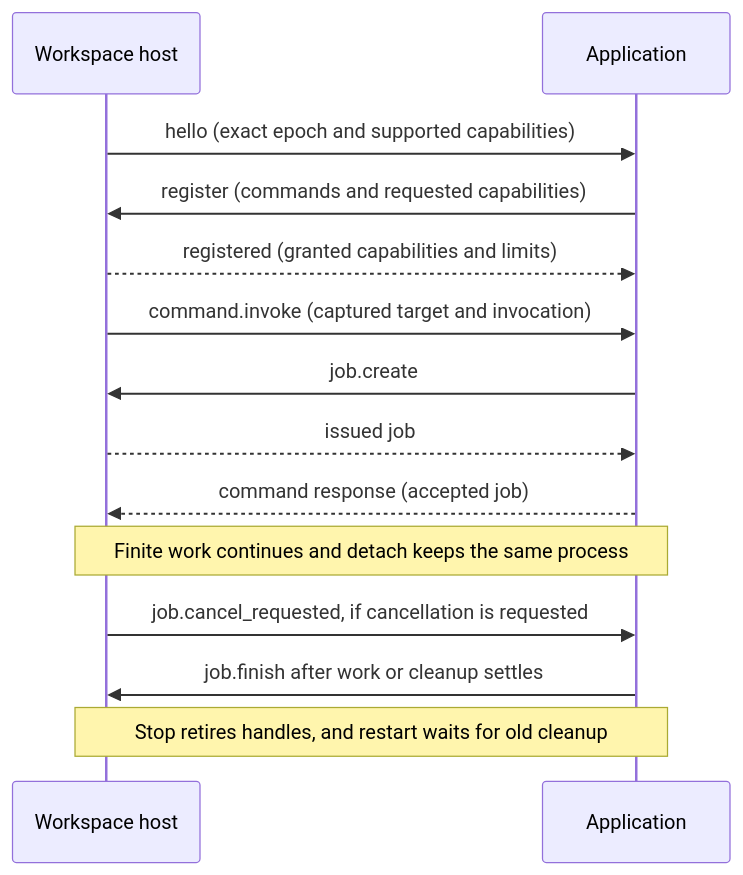
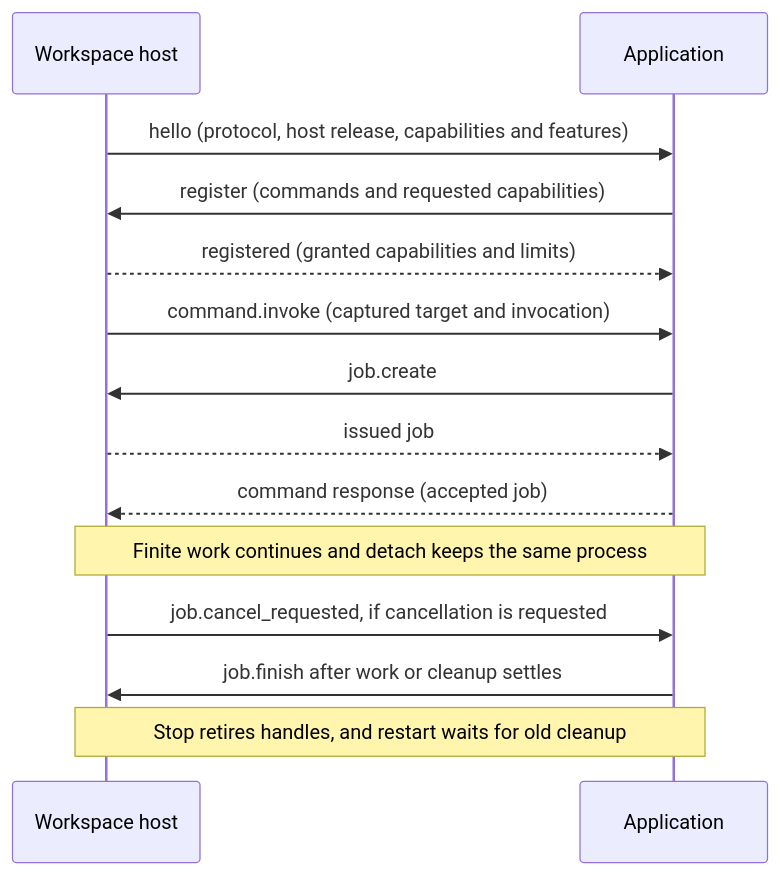
The diagram in docs/plugins/authoring.md (runyte/runyte), drawn with Mermaid before and after one commit. The commit also changed other lines of this file and 101 other files, not shown here.

Commit message:
Introduce stable plugin protocol and release-range admission

````diff
--- a/docs/plugins/authoring.md
+++ b/docs/plugins/authoring.md
@@ -136,16 +136,16 @@
 ```mermaid
 sequenceDiagram
     participant Host as Workspace host
     participant App as Application
-    Host->>App: hello (exact epoch and supported capabilities)
+    Host->>App: hello (protocol, host release, capabilities and features)
     App->>Host: register (commands and requested capabilities)
     Host-->>App: registered (granted capabilities and limits)
     Host->>App: command.invoke (captured target and invocation)
     App->>Host: job.create
     Host-->>App: issued job
     App-->>Host: command response (accepted job)
     Note over Host,App: Finite work continues and detach keeps the same process
     Host->>App: job.cancel_requested, if cancellation is requested
     App->>Host: job.finish after work or cleanup settles
     Note over Host,App: Stop retires handles, and restart waits for old cleanup
 ```
````
